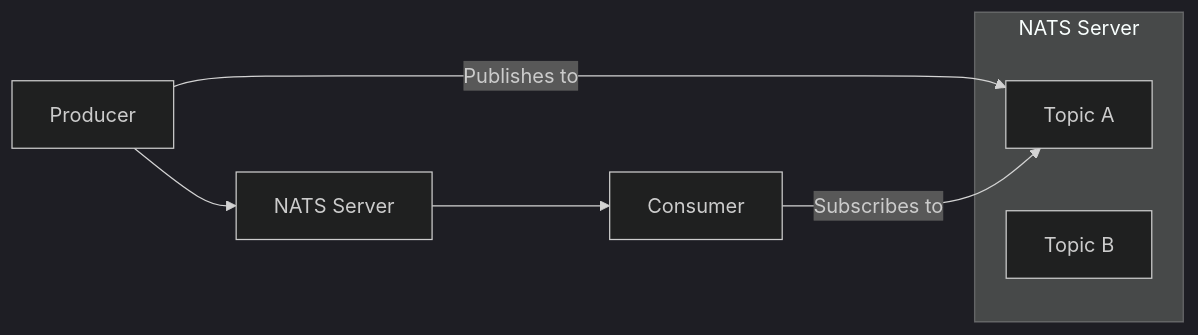
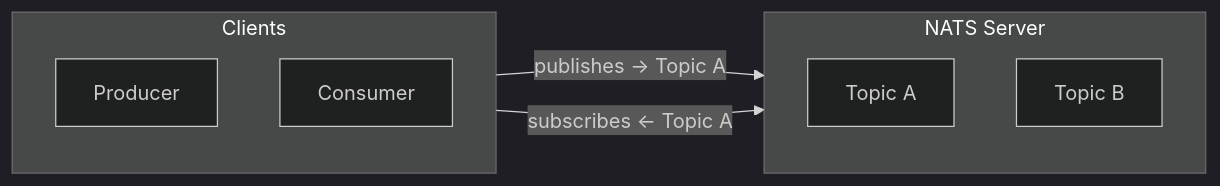
Before and after one commit to bouroo/bouroo.github.io: the fourth of 4 diagrams in content/posts/dev/messaging-system-comparison/index.en.md, drawn with Mermaid (dark theme). The commit also changed other lines of this file and 1 other file, not shown here.

```diff
--- a/content/posts/dev/messaging-system-comparison/index.en.md
+++ b/content/posts/dev/messaging-system-comparison/index.en.md
@@ -143,11 +176,20 @@
 {{< mermaid >}}
-graph LR
-    Producer --> NATS[NATS Server]
-    NATS --> Consumer
-    subgraph NATS Server
-        TopicA[Topic A]
-        TopicB[Topic B]
-    end
-    Producer -- Publishes to --> TopicA
-    Consumer -- Subscribes to --> TopicA
+flowchart LR
+  %% Clients
+  subgraph Clients
+    direction TB
+    Producer
+    Consumer
+  end
+
+  %% NATS Server with Topics
+  subgraph "NATS Server"
+    direction TB
+    TopicA["Topic A"]
+    TopicB["Topic B"]
+  end
+
+  %% Connections
+  Producer -- "publishes → Topic A" --> TopicA
+  Consumer -- "subscribes ← Topic A" --> TopicA
 {{< /mermaid >}}
```
